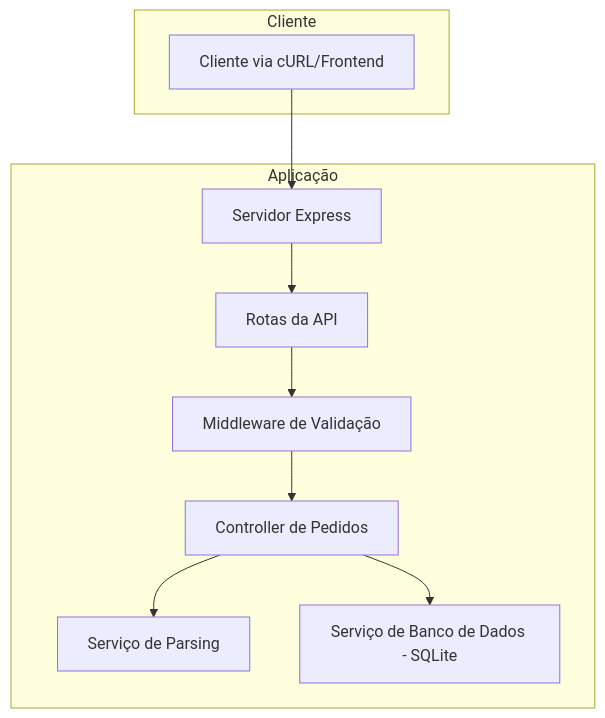
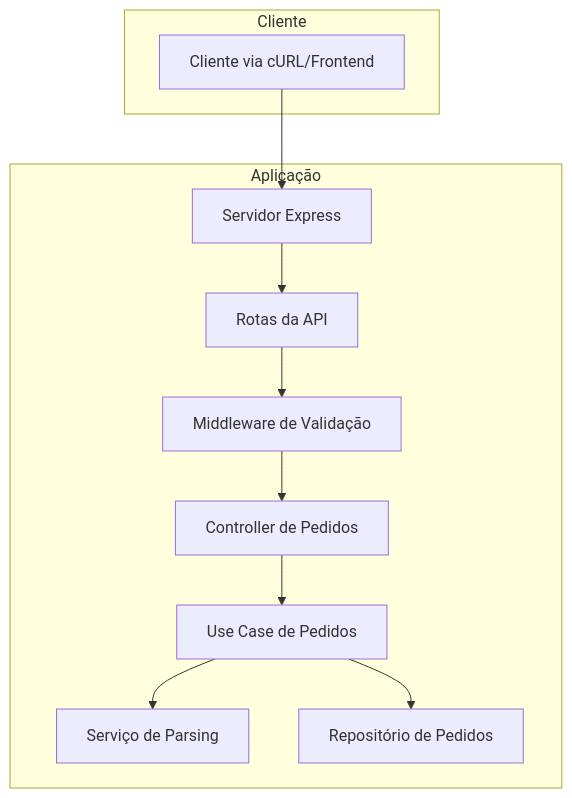
One commit to Jav4Script/orders-api changed the second of 2 diagrams in README.md. Above: the diagram before and after it, drawn with Mermaid. The commit also changed other lines of this file and 7 other files, not shown here.

````diff
--- a/README.md
+++ b/README.md
@@ -97,23 +101,25 @@
 ```mermaid
 graph TD
     subgraph "Cliente"
         C[Cliente via cURL/Frontend]
     end
 
     subgraph "Aplicação"
         A[Servidor Express]
         B[Rotas da API]
         VM[Middleware de Validação]
         C1[Controller de Pedidos]
-        D[Serviço de Parsing]
-        DB[Serviço de Banco de Dados - SQLite]
+        OUC[Use Case de Pedidos]
+        FP[Serviço de Parsing]
+        OR[Repositório de Pedidos]
 
         A --> B
         B --> VM
         VM --> C1
-        C1 --> D
-        C1 --> DB
+        C1 --> OUC
+        OUC --> FP
+        OUC --> OR
     end
 
     C --> A
 ```
````
